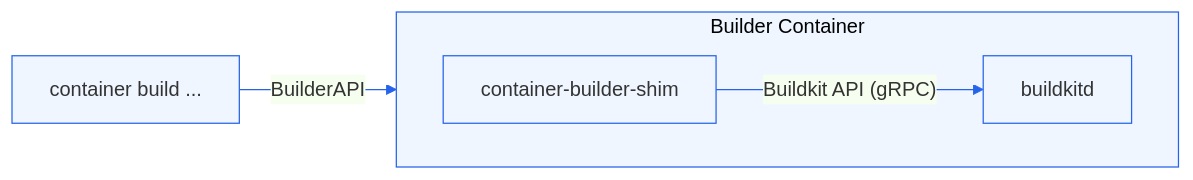
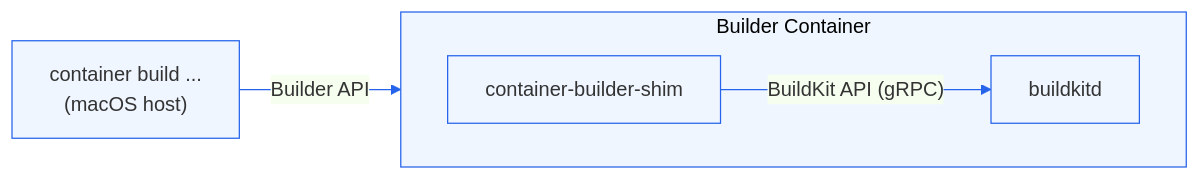
One commit to apple/container-builder-shim changed the diagram in README.md. Above: the diagram before and after it, drawn with Mermaid. The commit also changed other lines of this file and 5 other files, not shown here.

````diff
--- a/README.md
+++ b/README.md
@@ -23,22 +23,22 @@
 ```mermaid
 %%{init: {'theme': 'base', 'themeVariables': {
   'primaryColor': '#EFF6FF',
   'primaryBorderColor': '#2563EB',
   'lineColor': '#2563EB',
   'clusterBkg': '#EFF6FF',
   'clusterBorder': '#2563EB'
 }}}%%
 
 flowchart LR
   classDef soft fill:#EFF6FF,stroke:#2563EB,stroke-width:2px,rx:8,ry:8,color:#111827;
-  client["container build ..."]
+  client["container build ...\n(macOS host)"]
   subgraph boundary["Builder Container"]
     direction LR
     shim["container‑builder-shim"]
     buildkit["buildkitd"]
-    shim -- "Buildkit API (gRPC)" --> buildkit
+    shim -- "BuildKit API (gRPC)" --> buildkit
   end
 
-  client -- BuilderAPI --> shim
+  client -- "Builder API" --> shim
 
 ```
````
